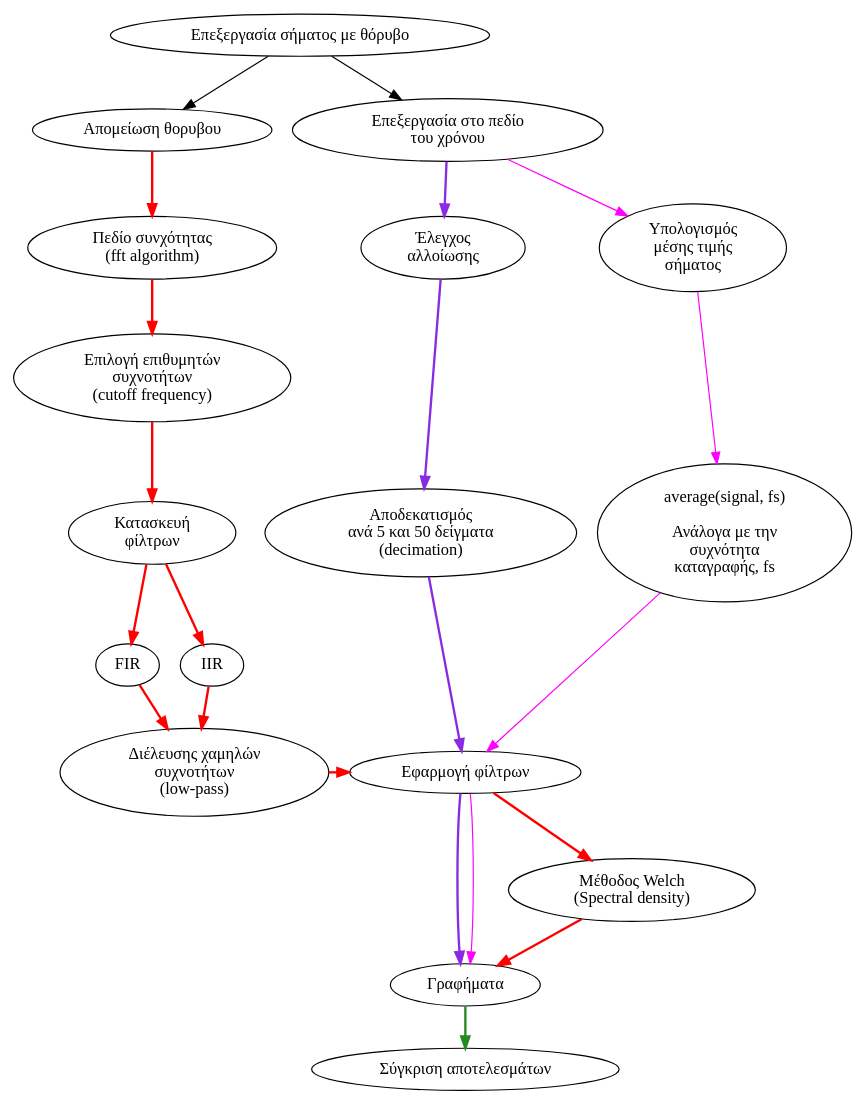
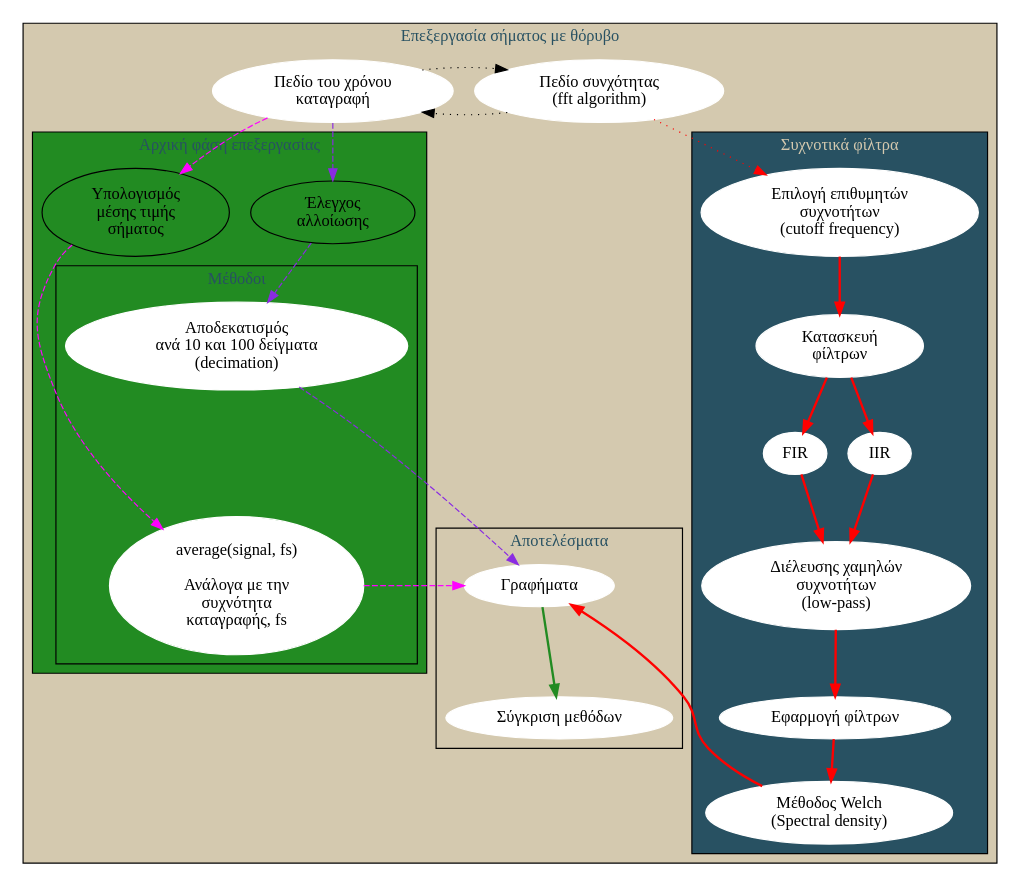
One commit to hmu-mech-npap/diss.tn.doc changed the second of 2 diagrams in diss-docs/main_doc/main_doc.org. Above: the diagram before and after it, drawn with Graphviz. The commit also changed other lines of this file and 4 other files, not shown here.

```diff
--- a/diss-docs/main_doc/main_doc.org
+++ b/diss-docs/main_doc/main_doc.org
@@ -1362,12 +1380,61 @@
 #+begin_src dot :file ./flowcharts/proc-meth.png :results file :exports results :session dot :tangle ./graphviz/proc-methods.gv
 
 digraph processing {
+    newrank=true;
+    compound=true;
     // root of operations
-    root [label="Επεξεργασία σήματος με θόρυβο" ]
-    filt [label="Απομείωση θορυβου"]
+    // filt [label="Απομείωση θορυβου"]
     aliasing [label="Έλεγχος \n αλλοίωσης"]
     averg [label="Υπολογισμός \n μέσης τιμής \n σήματος"]
 
+    //clusters for clarity
+    subgraph cluster_0{
+        fontcolor="#285162";
+        style=filled;
+        fillcolor="#D4C9AF";
+        node[style=filled; color=white];
+        fftmethod;
+        timedom;
+        label="Επεξεργασία σήματος με θόρυβο"
+
+        subgraph cluster_1{
+            // fontcolor=red;
+            style=filled;
+            fillcolor=forestgreen;
+            node[style=filled; color=white];
+            aliasing;
+            averg;
+            label= "Αρχική φάση επεξεργασίας"
+
+            subgraph cluster_3{
+                avrged;
+                decimop;
+                label="Μέθοδοι";
+            }
+        }
+        subgraph cluster_2{
+            fontcolor="#D4C9AF";
+            style=filled;
+            fillcolor="#285162";
+            node[style=filled; color=white];
+            choosfilt;
+            filterconst;
+            fir;
+            iir;
+            apply;
+            welch;
+            filt_type;
+            label= "Συχνοτικά φίλτρα";
+        }
+        subgraph cluster_4{
+            graphs -> results [color=forestgreen, style=bold]
+            label="Αποτελέσματα"
+        }
+    }
+    {rank=same; fftmethod; timedom;}
+    {rank=same; aliasing; averg; choosfilt;}
+    {rank=same; graphs; avrged; filt_type;}
+    {rank=same; filterconst; decimop;}
     // filter related
     fir [label="FIR"]
     iir [label="IIR"]
@@ -1376,29 +1443,22 @@
     filt_type [label="Διέλευσης χαμηλών \n συχνοτήτων \n (low-pass)"]
 
     // aliasing
-    decimop [label="Αποδεκατισμός \n ανά 5 και 50 δείγματα \n (decimation)"]
-    timedom [label="Επεξεργασία στο πεδίο \n του χρόνου"]
+    decimop [label="Αποδεκατισμός \n ανά 10 και 100 δείγματα \n (decimation)"]
+    timedom [label="Πεδίο του χρόνου \n καταγραφή"]
 
     //general bubbles
     graphs [label="Γραφήματα"]
     fftmethod [label= "Πεδίο συνχότητας \n (fft algorithm)" ]
     choosfilt [label="Επιλογή επιθυμητών \n συχνοτήτων \n(cutoff frequency)"]
-    results [label="Σύγκριση αποτελεσμάτων"]
+    results [label="Σύγκριση μεθόδων"]
     avrged [label="average(signal, fs) \n \n Ανάλογα με την \n συχνότητα \n καταγραφής, fs"]
     welch [label="Μέθοδος Welch \n (Spectral density)"]
+    // start the graph at last 🫠
+    fftmethod -> timedom -> fftmethod[style=dotted,];
+    // filtering path
+    choosfilt ->
+    filterconst [color=red, style=bold];
 
-    {rank=same; apply filt_type }
-    {rank=same; filt timedom }
-    {rank=same; fftmethod aliasing averg}
-    {rank=same; decimop filterconst avrged}
-
-    // start the graph at last 🫠
-    root -> {filt timedom}
-
-    // filtering path
-    filt ->
-    fftmethod ->
-    choosfilt ->
     filterconst -> {fir iir} ->
     filt_type ->
     apply ->
@@ -1409,16 +1469,17 @@
     timedom ->
     aliasing ->
     decimop ->
-    apply ->
-    graphs[color=blueviolet , style=bold]
+    // apply ->
+    graphs[color=blueviolet , style=dashed]
+    fftmethod ->
+    choosfilt[color=red, style=dotted];
 
     // aliasing path
     timedom ->
     averg ->
     avrged ->
-    apply ->
-    graphs [color=magenta]
+    // apply ->
+    graphs [color=magenta, style=dashed, ]
 
-    graphs -> results [color=forestgreen, style=bold]
 }
 #+end_src
```
